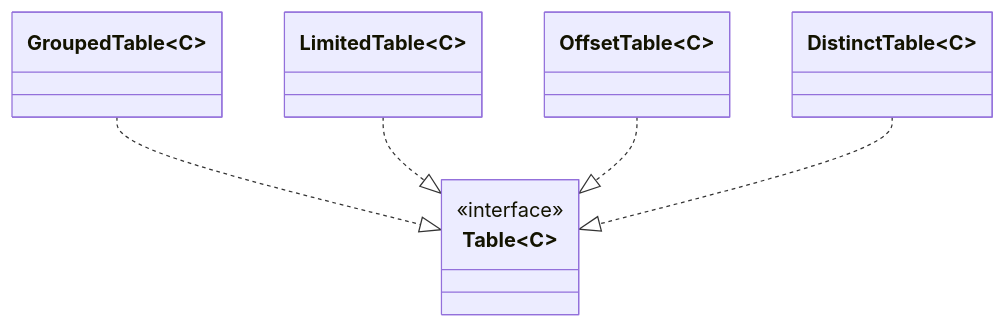
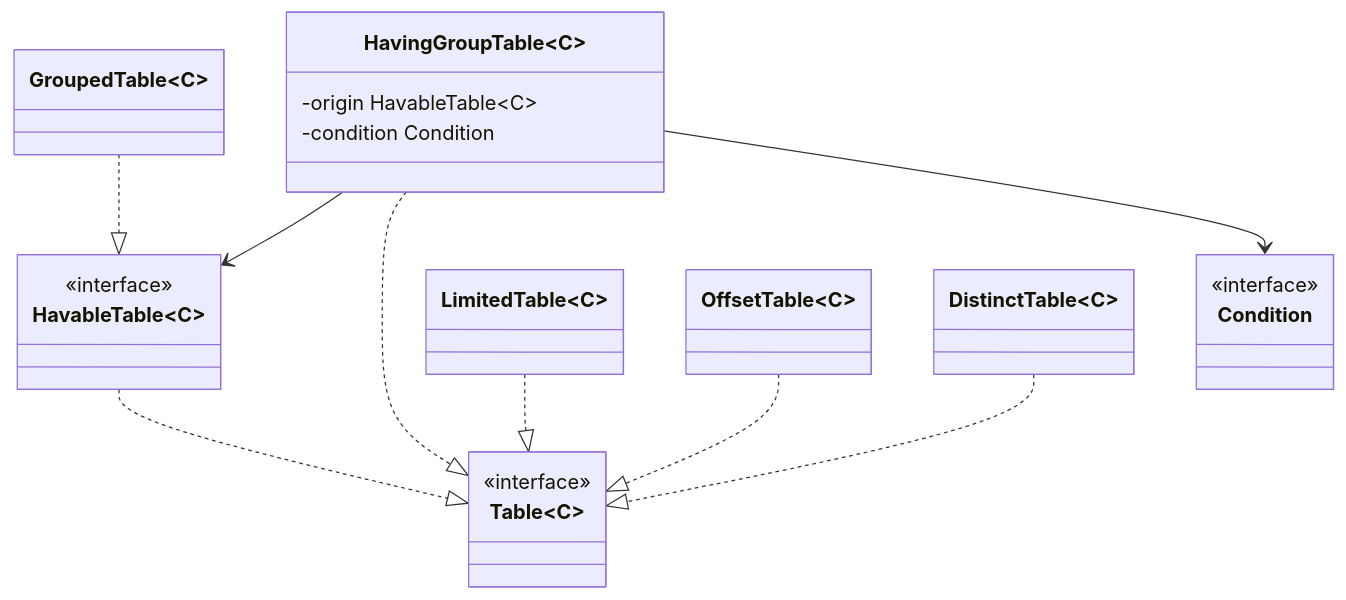
One commit to safarislava/QueryBricks changed the fourth of 10 diagrams in docs/domain.md. Above: the diagram before and after it, drawn with Mermaid. The commit also changed other lines of this file, not shown here.

Commit message:
docs: Add having

````diff
--- a/docs/domain.md
+++ b/docs/domain.md
@@ -73,20 +79,35 @@
 ```mermaid
 classDiagram
     class Table~C~ {
         <<interface>>
     }
 
+    class Condition {
+        <<interface>>
+    }
+
+    class HavableTable~C~ {
+        <<interface>>
+    }
+    HavableTable ..|> Table
+
     class GroupedTable~C~
-    GroupedTable ..|> Table
+    GroupedTable ..|> HavableTable
+
+    class HavingGroupTable~C~ {
+        -origin HavableTable~C~
+        -condition Condition
+    }
+    HavingGroupTable --> HavableTable
+    HavingGroupTable ..|> Table
+    HavingGroupTable --> Condition
 
     class LimitedTable~C~
     LimitedTable ..|> Table
 
     class OffsetTable~C~
     OffsetTable ..|> Table
 
     class DistinctTable~C~
     DistinctTable ..|> Table
-
-    %% спроектировать HAVING
 ```
````
